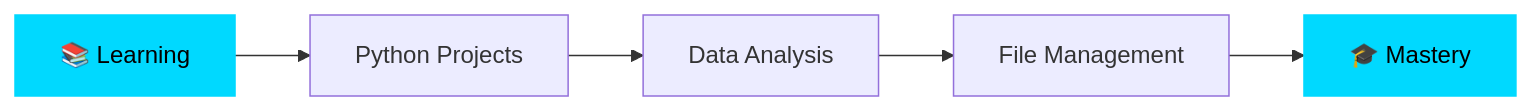
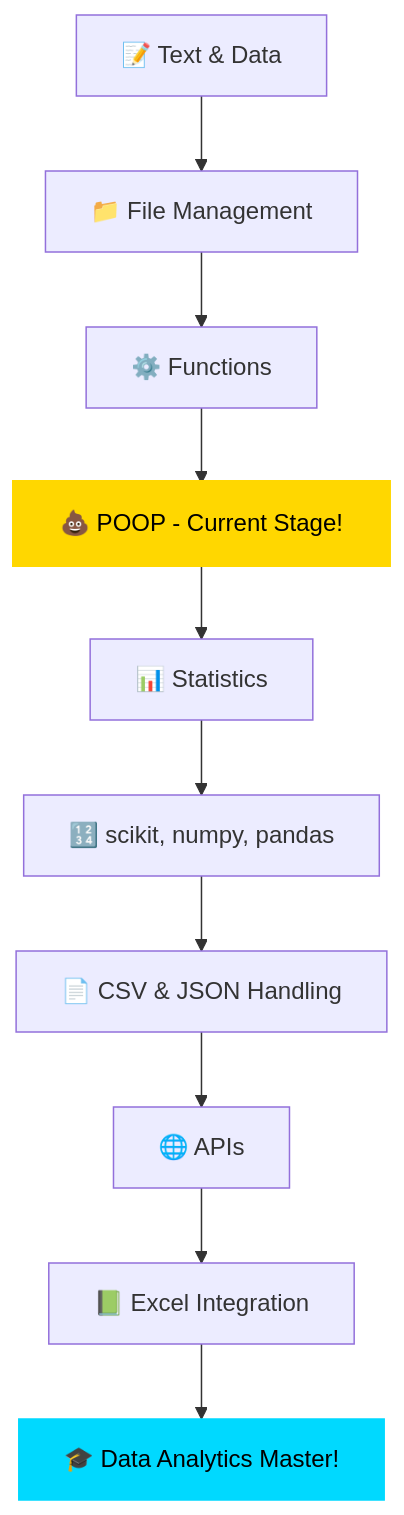
Before and after one commit to TheRaj2005/TheRaj2005: the diagram in README.md, drawn with Mermaid. The commit also changed other lines of this file, not shown here.

````diff
--- a/README.md
+++ b/README.md
@@ -55,9 +41,15 @@
 ```mermaid
-graph LR
-    A[📚 Learning] --> B[Python Projects]
-    B --> C[Data Analysis]
-    C --> D[File Management]
-    D --> E[🎓 Mastery]
-    style A fill:#00D9FF,stroke:#00D9FF,color:#000
-    style E fill:#00D9FF,stroke:#00D9FF,color:#000
+graph TD
+    A[📝 Text & Data] --> B[📁 File Management]
+    B --> C[⚙️ Functions]
+    C --> D[💩 POOP - Current Stage!]
+    D --> E[📊 Statistics]
+    E --> F[🔢 scikit, numpy, pandas]
+    F --> G[📄 CSV & JSON Handling]
+    G --> H[🌐 APIs]
+    H --> I[📗 Excel Integration]
+    I --> J[🎓 Data Analytics Master!]
+    
+    style D fill:#FFD700,stroke:#FFD700,color:#000,stroke-width:4px
+    style J fill:#00D9FF,stroke:#00D9FF,color:#000
 ```
````
